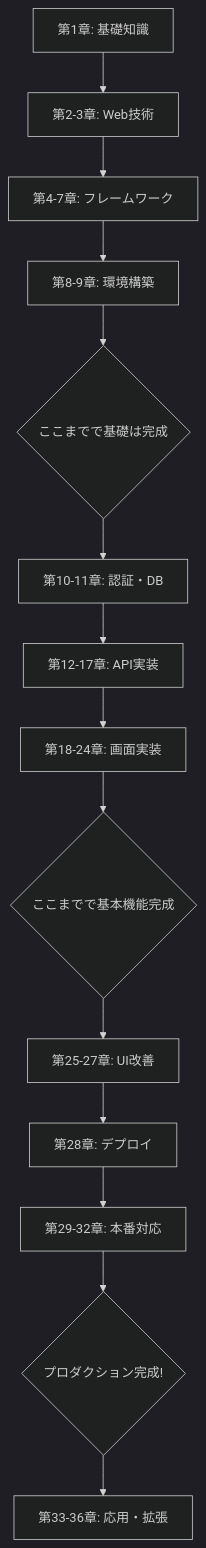
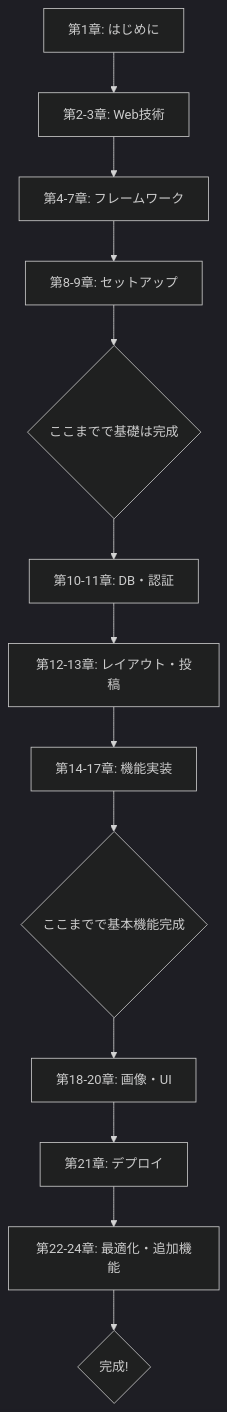
Before and after one commit to shuhei0720/keion-circle-site: the second of 45 diagrams in docs/textbook/01-はじめに.md, drawn with Mermaid (dark theme). The commit also changed other lines of this file and 10 other files, not shown here.

````diff
--- a/docs/textbook/01-はじめに.md
+++ b/docs/textbook/01-はじめに.md
@@ -71,19 +71,17 @@
 ```mermaid
 graph TB
-    A[第1章: 基礎知識] --> B[第2-3章: Web技術]
+    A[第1章: はじめに] --> B[第2-3章: Web技術]
     B --> C[第4-7章: フレームワーク]
-    C --> D[第8-9章: 環境構築]
+    C --> D[第8-9章: セットアップ]
     D --> E{ここまでで基礎は完成}
     
-    E --> F[第10-11章: 認証・DB]
-    F --> G[第12-17章: API実装]
-    G --> H[第18-24章: 画面実装]
+    E --> F[第10-11章: DB・認証]
+    F --> G[第12-13章: レイアウト・投稿]
+    G --> H[第14-17章: 機能実装]
     H --> I{ここまでで基本機能完成}
     
-    I --> J[第25-27章: UI改善]
-    J --> K[第28章: デプロイ]
-    K --> L[第29-32章: 本番対応]
-    L --> M{プロダクション完成!}
-    
-    M --> N[第33-36章: 応用・拡張]
+    I --> J[第18-20章: 画像・UI]
+    J --> K[第21章: デプロイ]
+    K --> L[第22-24章: 最適化・追加機能]
+    L --> M{完成!}
 ```
````
